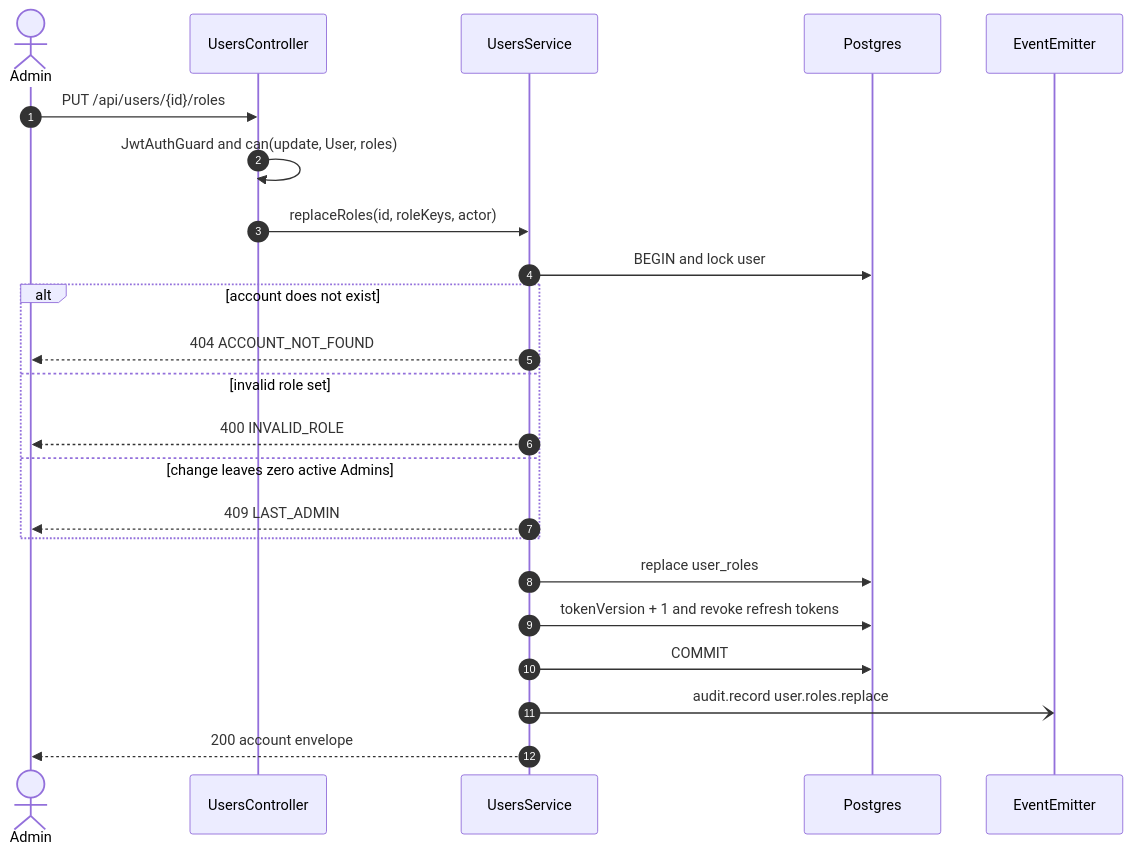
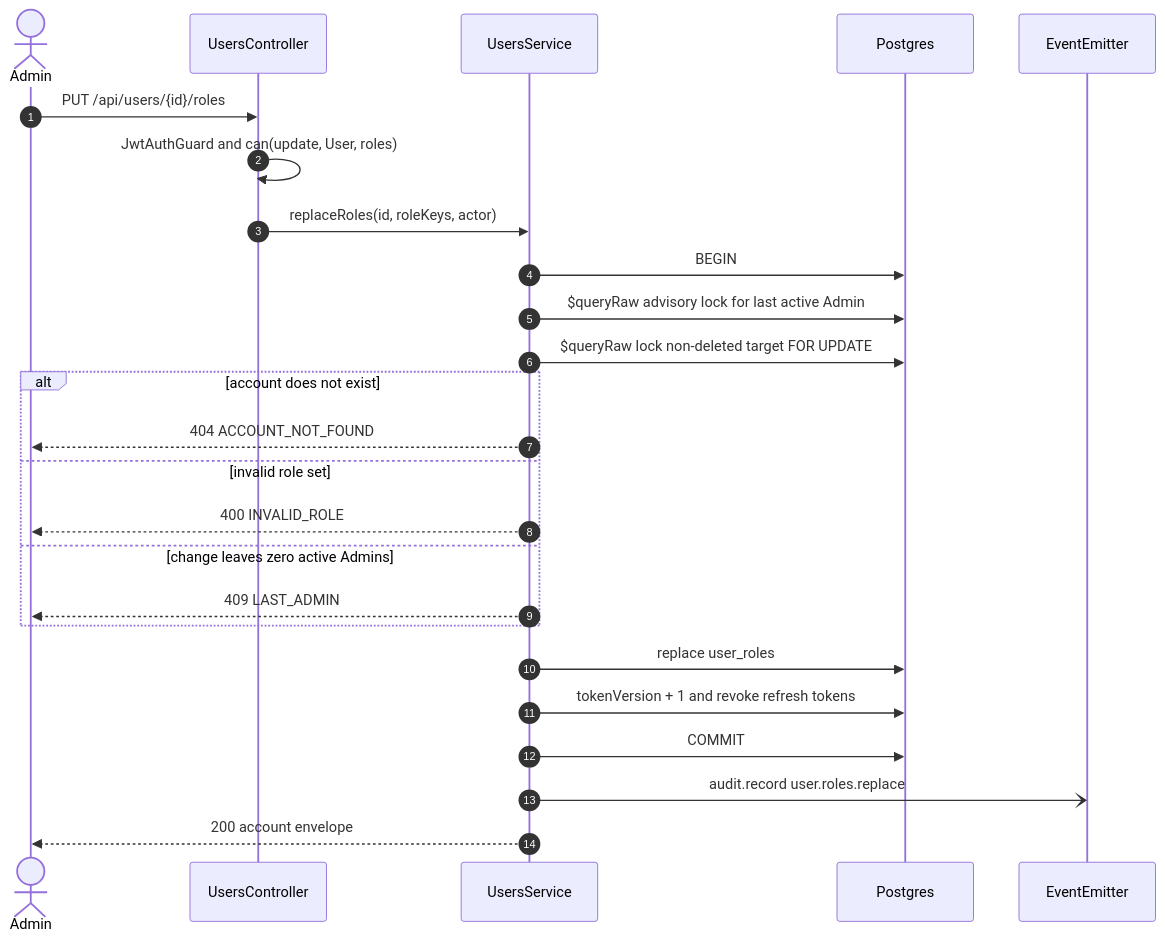
Before and after one commit to TrekLink-Team/treklink-web: the fifth of 6 diagrams in specs/auth/design.md, drawn with Mermaid. The commit also changed other lines of this file and 3 other files, not shown here.

Commit message:
docs(TK-22): serialize last-admin guard

````diff
--- a/specs/auth/design.md
+++ b/specs/auth/design.md
@@ -418,25 +428,27 @@
 ```mermaid
 sequenceDiagram
     autonumber
     actor A as Admin
     participant C as UsersController
     participant U as UsersService
     participant DB as Postgres
     participant E as EventEmitter
     A->>C: PUT /api/users/{id}/roles
     C->>C: JwtAuthGuard and can(update, User, roles)
     C->>U: replaceRoles(id, roleKeys, actor)
-    U->>DB: BEGIN and lock user
+    U->>DB: BEGIN
+    U->>DB: $queryRaw advisory lock for last active Admin
+    U->>DB: $queryRaw lock non-deleted target FOR UPDATE
     alt account does not exist
         U-->>A: 404 ACCOUNT_NOT_FOUND
     else invalid role set
         U-->>A: 400 INVALID_ROLE
     else change leaves zero active Admins
         U-->>A: 409 LAST_ADMIN
     end
     U->>DB: replace user_roles
     U->>DB: tokenVersion + 1 and revoke refresh tokens
     U->>DB: COMMIT
     U-)E: audit.record user.roles.replace
     U-->>A: 200 account envelope
 ```
````
